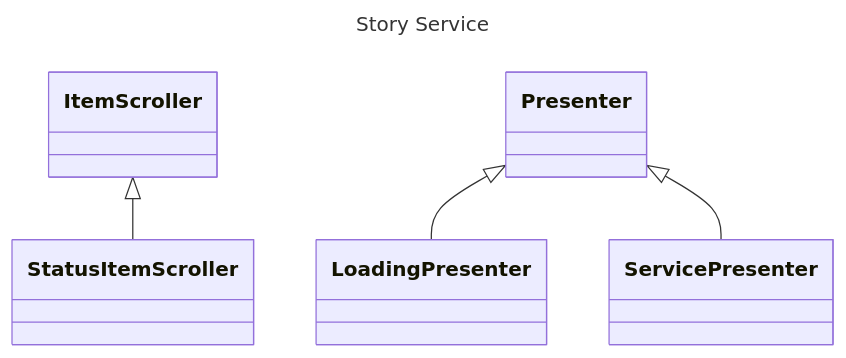
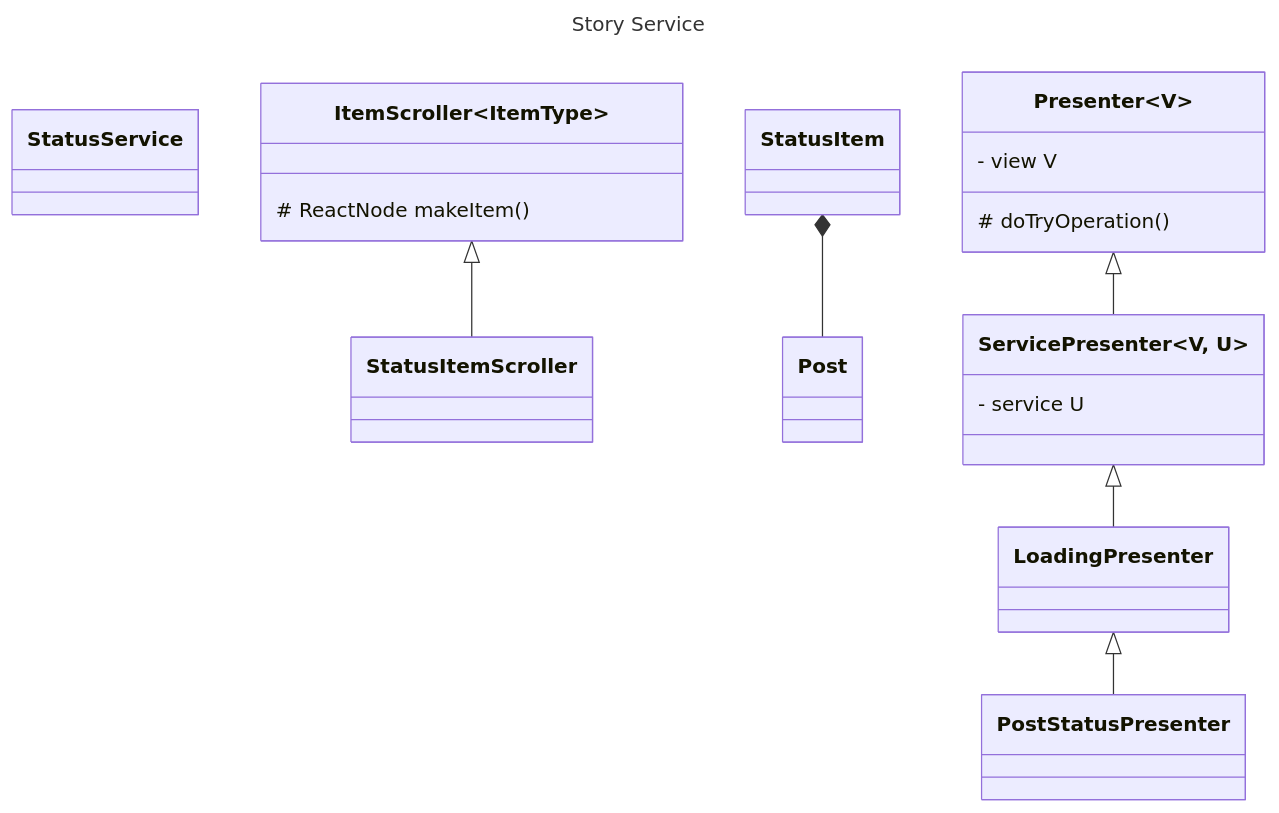
One commit to frozenfrank/cs340-tweeter changed the diagram in docs/story-service-uml-diagram.md. Above: the diagram before and after it, drawn with Mermaid.

Commit message:
Begin working on class diagram

````diff
--- a/docs/story-service-uml-diagram.md
+++ b/docs/story-service-uml-diagram.md
@@ -14,16 +14,27 @@
 ```mermaid
 ---
 title: Story Service
 ---
 classDiagram
-    ItemScroller
-    ItemScroller <|-- StatusItemScroller
-    StatusItem
-    Post
 
+class StatusService
+class ItemScroller~ItemType~ {
+    # ReactNode makeItem()
+}
+ItemScroller <|-- StatusItemScroller
+StatusItem *-- Post
 
-    Presenter <|-- LoadingPresenter
-    Presenter <|-- ServicePresenter
-    
-    
+class Presenter~V~ {
+    - view V
+    # doTryOperation()
+}
+class ServicePresenter~V, U~ {
+    - service U
+}
+
+Presenter <|-- ServicePresenter
+ServicePresenter <|-- LoadingPresenter
+
+LoadingPresenter <|-- PostStatusPresenter
+
 ```
````
